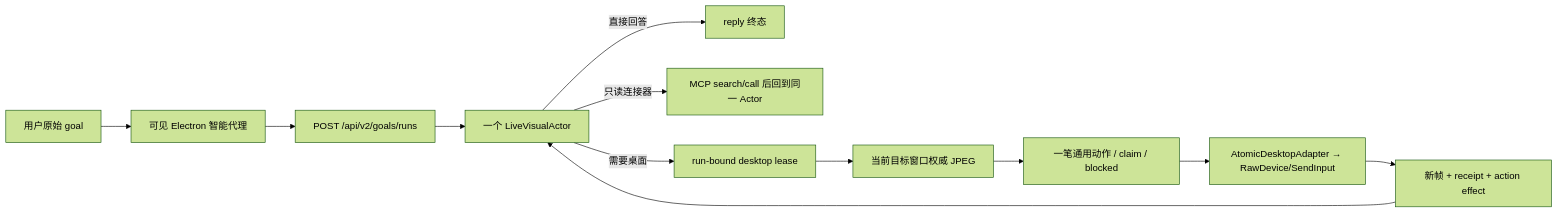
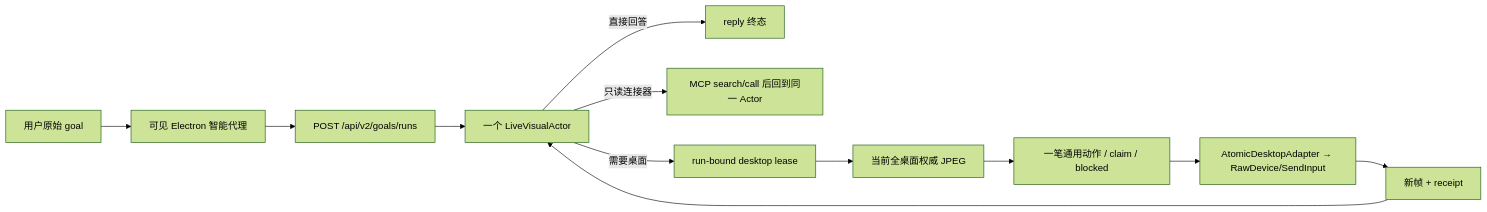
One commit to zoujiapeng/lingdong-script changed the diagram in docs/project-guide/README.md. Above: the diagram before and after it, drawn with Mermaid (forest theme). The commit also changed other lines of this file and 12 other files, not shown here.

````diff
--- a/docs/project-guide/README.md
+++ b/docs/project-guide/README.md
@@ -41,14 +42,14 @@
 ```mermaid
 flowchart LR
   User["用户原始 goal"] --> Electron["可见 Electron 智能代理"]
   Electron --> GoalAPI["POST /api/v2/goals/runs"]
   GoalAPI --> Actor["一个 LiveVisualActor"]
   Actor -->|直接回答| Reply["reply 终态"]
   Actor -->|只读连接器| Connector["MCP search/call 后回到同一 Actor"]
   Actor -->|需要桌面| Lease["run-bound desktop lease"]
-  Lease --> Frame["当前目标窗口权威 JPEG"]
+  Lease --> Frame["当前全桌面权威 JPEG"]
   Frame --> Decision["一笔通用动作 / claim / blocked"]
   Decision --> Physical["AtomicDesktopAdapter → RawDevice/SendInput"]
-  Physical --> NewFrame["新帧 + receipt + action effect"]
+  Physical --> NewFrame["新帧 + receipt"]
   NewFrame --> Actor
 ```
````
